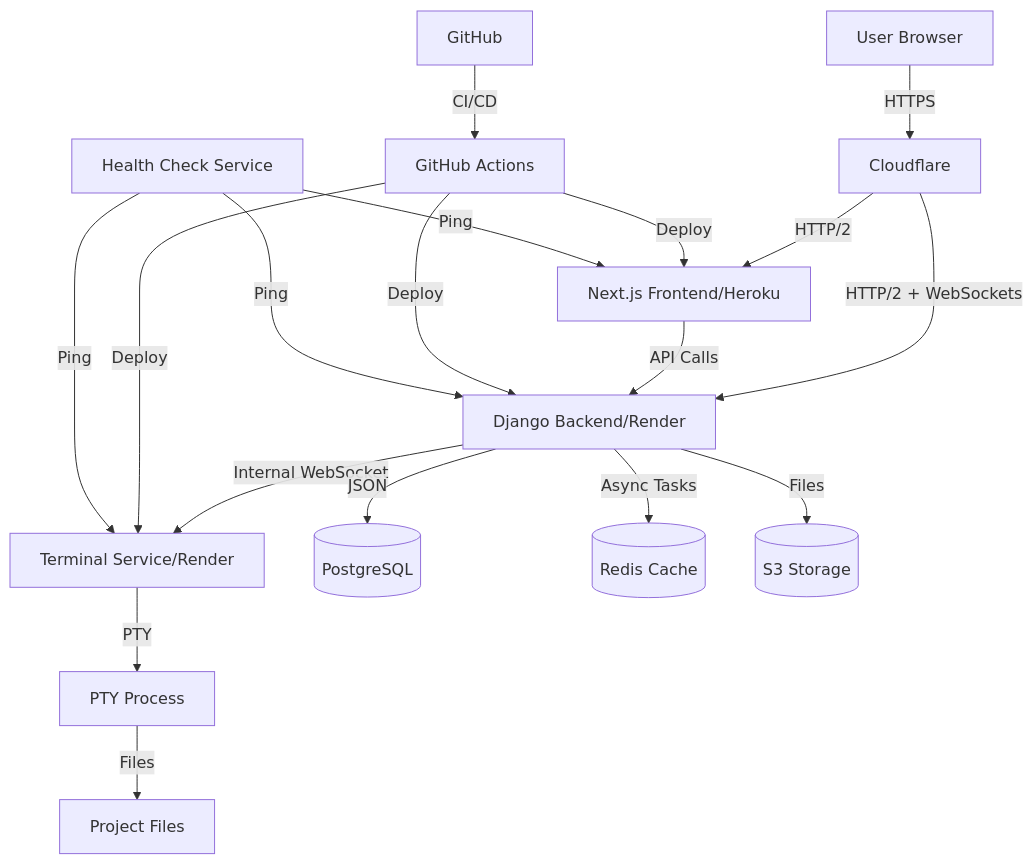
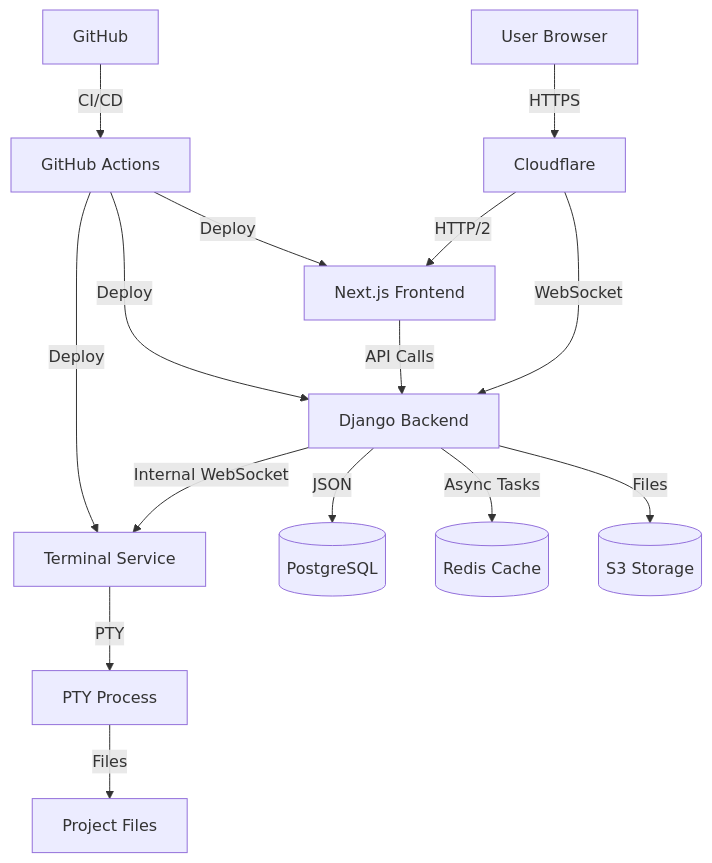
The diagram in README.md (aouichou/My-Portfolio), drawn with Mermaid before and after one commit. The commit also changed 2 other files, not shown here.

Commit message:
Update Project model fields to allow null values and enhance LoadingOverlay with countdown feature

````diff
--- a/README.md
+++ b/README.md
@@ -41,20 +41,17 @@
 ```mermaid
 graph TD
     User[User Browser] -->|HTTPS| CF[Cloudflare]
-    CF -->|HTTP/2| Next[Next.js Frontend/Heroku]
-    CF -->|HTTP/2 + WebSockets| Django[Django Backend/Render]
-    Django -->|Internal WebSocket| WS[Terminal Service/Render]
+    CF -->|HTTP/2| Next[Next.js Frontend]
+    CF -->|WebSocket| Django[Django Backend]
+    Django -->|Internal WebSocket| WS[Terminal Service]
     Django -->|JSON| DB[(PostgreSQL)]
     Django -->|Async Tasks| Redis[(Redis Cache)]
     Django -->|Files| S3[(S3 Storage)]
     Next -->|API Calls| Django
     WS -->|PTY| Terminal[PTY Process]
     Terminal -->|Files| Project[Project Files]
     Github[GitHub] -->|CI/CD| Actions[GitHub Actions]
     Actions -->|Deploy| Next
     Actions -->|Deploy| Django
     Actions -->|Deploy| WS
-    HealthCheck[Health Check Service] -->|Ping| Django
-    HealthCheck -->|Ping| Next
-    HealthCheck -->|Ping| WS
 ```
````
